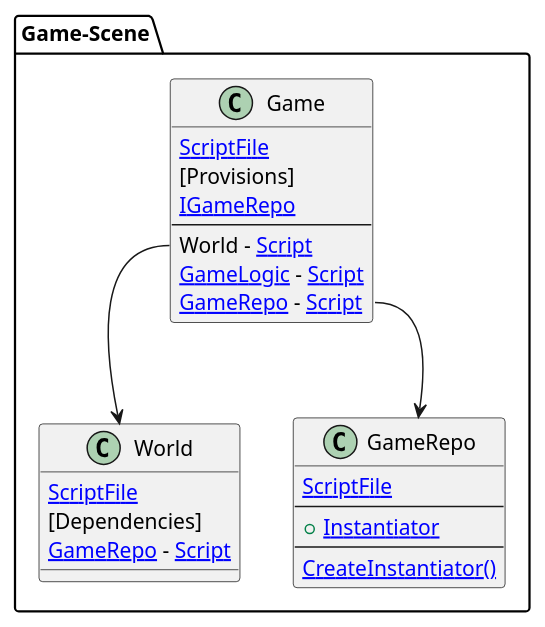
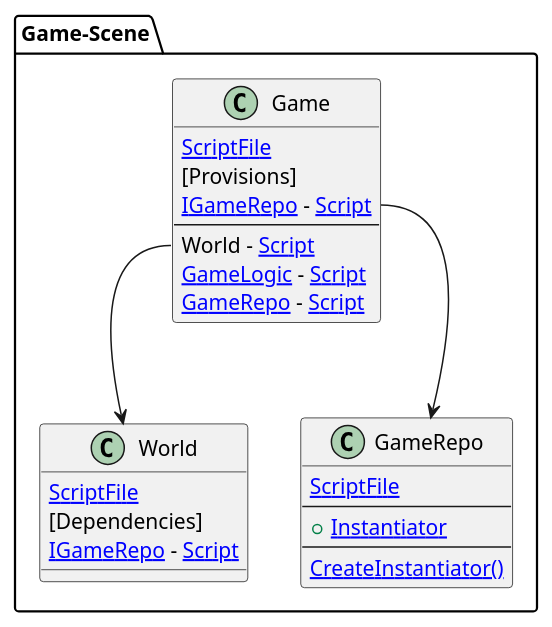
Before and after one commit to chickensoft-games/UMLGenerator: the diagram in src/Chickensoft.UMLGenerator.Tests/Snapshots/HasDependency_Game.verified.puml, drawn with PlantUML. The commit also changed 5 other files, not shown here.

```diff
--- a/src/Chickensoft.UMLGenerator.Tests/Snapshots/HasDependency_Game.verified.puml
+++ b/src/Chickensoft.UMLGenerator.Tests/Snapshots/HasDependency_Game.verified.puml
@@ -1,35 +1,35 @@
 @startuml
 
 package Game-Scene [[../../TestCases/HasDependency/Game.tscn]] {
 	
 class Game  {
 	[[../../Game/Game.cs ScriptFile]]
 	[Provisions]
-	[[../../Game/Game.cs:15 IGameRepo]]
+	[[../../Game/Game.cs:15 IGameRepo]] - [[../../TestCases/HasDependency/Domain/GameRepo.cs Script]]
 --
 World - [[../../World/World.cs Script]]
 	[[../../Game/Game.cs:22 GameLogic]] - [[../../TestCases/HasDependency/Logic/GameLogic.cs Script]]
 	[[../../Game/Game.cs:21 GameRepo]] - [[../../TestCases/HasDependency/Domain/GameRepo.cs Script]]
 }
 
 	
 class World  {
 	[[../../World/World.cs ScriptFile]]
 	[Dependencies]
-	[[../../World/World.cs:19 GameRepo]] - [[../../TestCases/HasDependency/Domain/GameRepo.cs Script]]
+	[[../../World/World.cs:19 IGameRepo]] - [[../../TestCases/HasDependency/Domain/GameRepo.cs Script]]
 }
 
 	
 class GameRepo  {
 	[[../../TestCases/HasDependency/Domain/GameRepo.cs ScriptFile]]
 --
 + [[../../TestCases/HasDependency/Domain/GameRepo.cs:15 Instantiator]]
 --
 [[../../TestCases/HasDependency/Domain/GameRepo.cs:17 CreateInstantiator()]]
 }
 
 	Game::World --> World
 	Game::GameRepo --> GameRepo
 }
 
 @enduml
```
